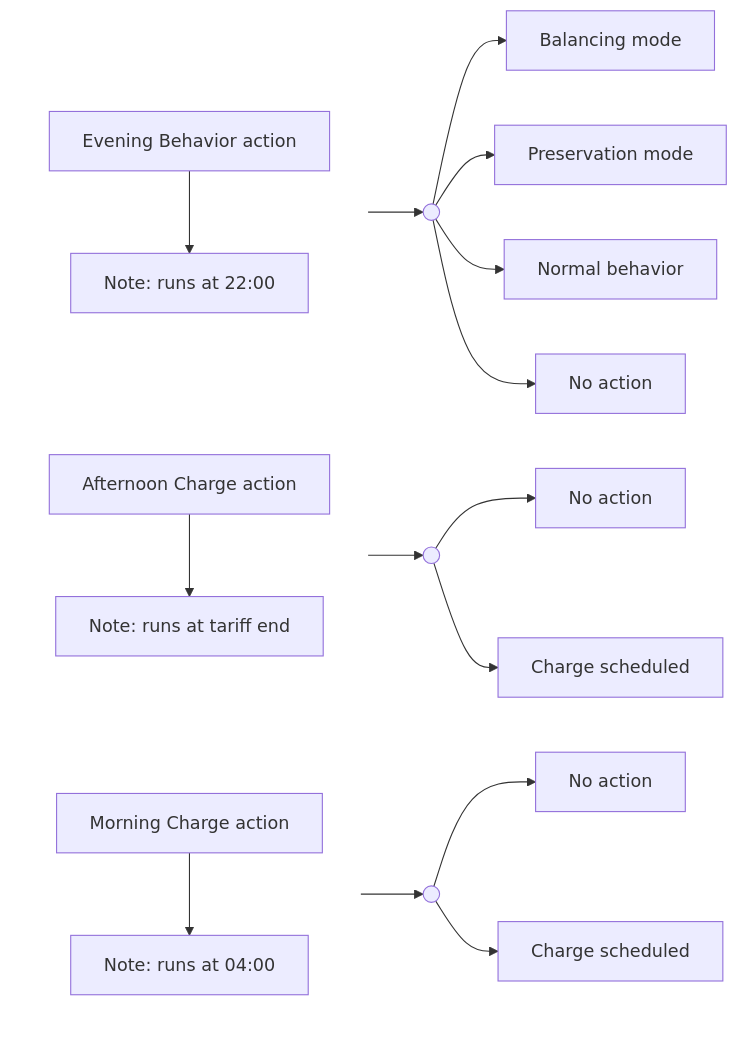
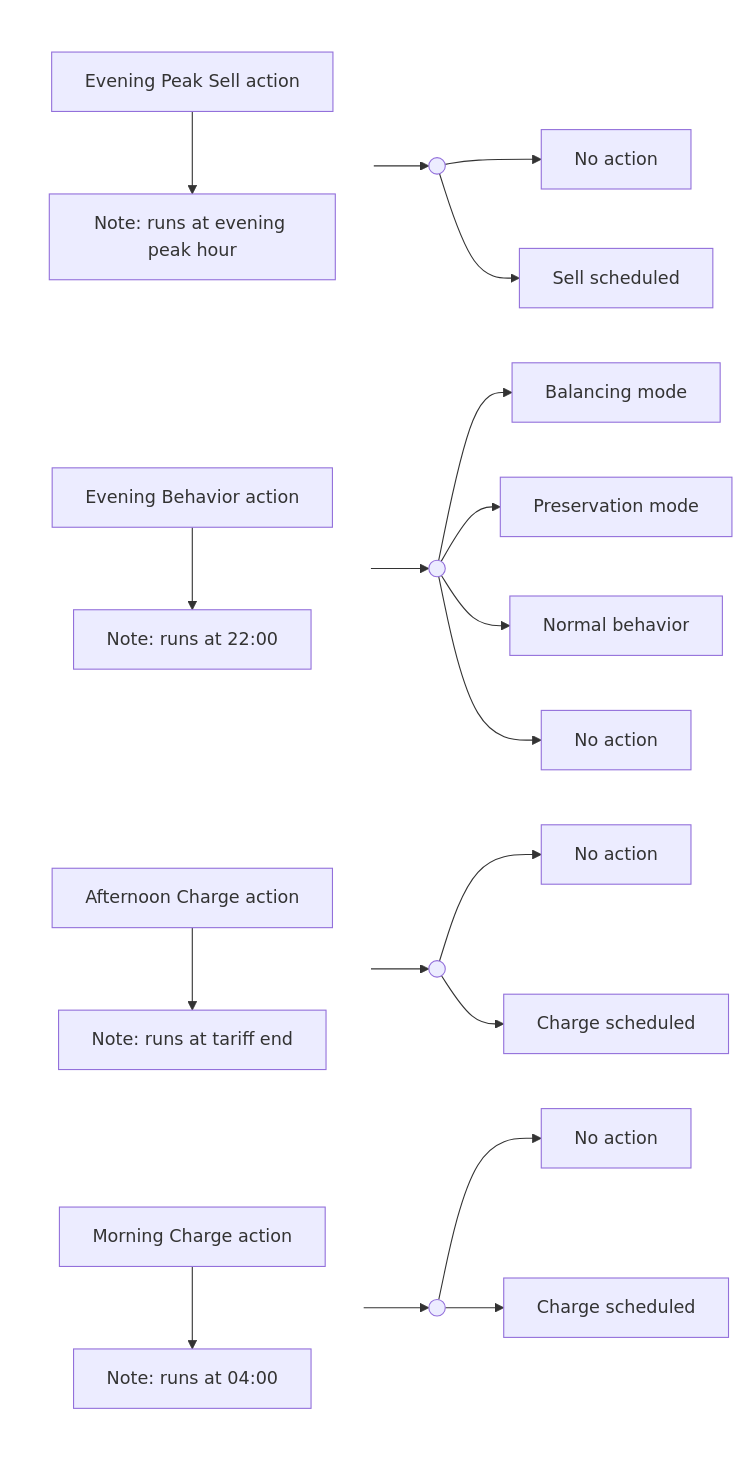
The diagram in docs/Decision_Engine_Diagrams.md (plebann/EnergyOptimizer), drawn with Mermaid before and after one commit. The commit also changed other lines of this file and 4 other files, not shown here.

First line of the commit message:
feat: Enhance evening sell decision logic with surplus sell functionality

````diff
--- a/docs/Decision_Engine_Diagrams.md
+++ b/docs/Decision_Engine_Diagrams.md
@@ -7,41 +7,53 @@
 ```mermaid
 flowchart LR
   subgraph MorningChargeGroup[ ]
     direction TB
     MorningCharge[Morning Charge action]
     MorningCharge_note[Note: runs at 04:00]
     MorningCharge --> MorningCharge_note
   end
 
   MorningCharge --> MorningCharge_outcomes(( ))
   MorningCharge_outcomes --> MorningCharge_no_action[No action]
   MorningCharge_outcomes --> MorningCharge_charge[Charge scheduled]
 
   subgraph AfternoonChargeGroup[ ]
     direction TB
     AfternoonCharge[Afternoon Charge action]
     AfternoonCharge_note[Note: runs at tariff end]
     AfternoonCharge --> AfternoonCharge_note
   end
 
   AfternoonCharge --> AfternoonCharge_outcomes(( ))
   AfternoonCharge_outcomes --> AfternoonCharge_no_action[No action]
   AfternoonCharge_outcomes --> AfternoonCharge_charge[Charge scheduled]
 
   subgraph EveningBehaviorGroup[ ]
     direction TB
     EveningBehavior[Evening Behavior action]
     EveningBehavior_note[Note: runs at 22:00]
     EveningBehavior --> EveningBehavior_note
   end
 
+  subgraph EveningSellGroup[ ]
+    direction TB
+    EveningSell[Evening Peak Sell action]
+    EveningSell_note[Note: runs at evening peak hour]
+    EveningSell --> EveningSell_note
+  end
+
   EveningBehavior --> EveningBehavior_outcomes(( ))
   EveningBehavior_outcomes --> EveningBehavior_balancing[Balancing mode]
   EveningBehavior_outcomes --> EveningBehavior_preservation[Preservation mode]
   EveningBehavior_outcomes --> EveningBehavior_normal[Normal behavior]
   EveningBehavior_outcomes --> EveningBehavior_no_action[No action]
 
+  EveningSell --> EveningSell_outcomes(( ))
+  EveningSell_outcomes --> EveningSell_no_action[No action]
+  EveningSell_outcomes --> EveningSell_sell[Sell scheduled]
+
   style MorningChargeGroup fill:transparent,stroke:transparent
   style AfternoonChargeGroup fill:transparent,stroke:transparent
   style EveningBehaviorGroup fill:transparent,stroke:transparent
+  style EveningSellGroup fill:transparent,stroke:transparent
 ```
````
